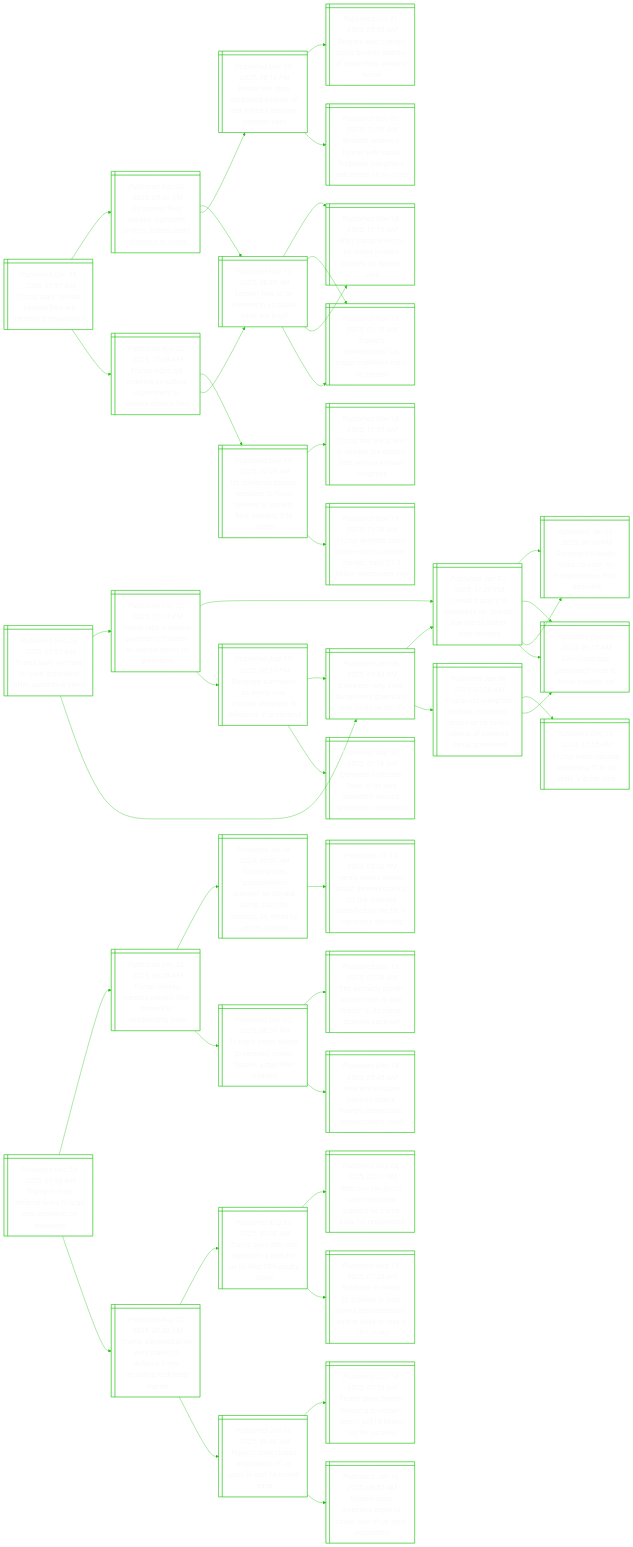
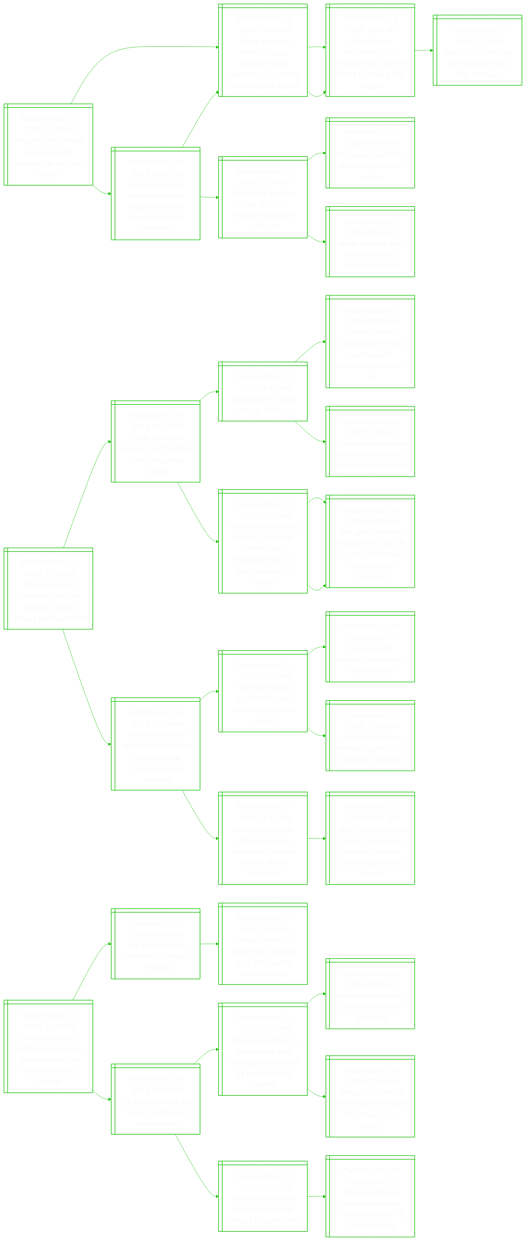
One commit to notJmes/notJmes changed the diagram in README.md. Above: the diagram before and after it, drawn with Mermaid. The commit also changed other lines of this file, not shown here.

````diff
--- a/README.md
+++ b/README.md
@@ -16,139 +16,106 @@
 flowchart LR
 classDef txtsize font-size:20px;
 
-Tseltirnnuo@{ shape: win-pane, label: "_Published Dec 23, 2025, 07:57 AM_
-Trump says ‘terrible’ epstein files are tarnishing reputations" }
-Utieelstkafcr@{ shape: win-pane, label: "_Published Dec 20, 2025, 05:46 AM_
-Us epstein files release highlights clinton, makes scant reference to trump" }
-Eieeaobhe@{ shape: win-pane, label: "_Published Nov 19, 2025, 08:35 AM_
-Epstein files to be released to us public: what are they?" }
-ATrsHpsaEie@{ shape: win-pane, label: "_Published Nov 18, 2025, 11:15 AM_
-After trump reversal, us house pushes forward on epstein vote" }
-TskeMewtco@{ shape: win-pane, label: "_Published Nov 18, 2025, 09:15 AM_
-Trump’s frankenstein? us maga meltdown tests its creator" }
-BilprAwsipinr@{ shape: win-pane, label: "_Published Nov 02, 2025, 08:16 PM_
-Britain will strip disgraced andrew of last military position, minister says" }
-Binrtberrtssm@{ shape: win-pane, label: "_Published Oct 31, 2025, 03:36 AM_
-Britain’s king charles strips brother andrew of royal titles, windsor home" }
-BidfrSFsurcsyi@{ shape: win-pane, label: "_Published Nov 02, 2025, 10:59 AM_
-Britain’s andrew’s former wife sarah ferguson, daughters and corgis hit by crisis" }
-TsBrnuertlEie@{ shape: win-pane, label: "_Published Nov 20, 2025, 10:06 AM_
-Trump signs bill ordering us justice department to release epstein files" }
-Ugpsufrspnsitm@{ shape: win-pane, label: "_Published Nov 19, 2025, 04:23 AM_
-Us congress passes measure to force release of epstein files, sending it to trump" }
-Therltsfwrons@{ shape: win-pane, label: "_Published Nov 18, 2025, 11:55 AM_
-Trump has the power to release the epstein files, with or without congress" }
-Tdddnersdiinst@{ shape: win-pane, label: "_Published Nov 19, 2025, 12:28 AM_
-Trump defends saudi prince over journalist murder, hails $1.3 trillion investment vow" }
-Eieeaobhe@{ shape: win-pane, label: "_Published Nov 19, 2025, 08:35 AM_
-Epstein files to be released to us public: what are they?" }
-ATrsHpsaEie@{ shape: win-pane, label: "_Published Nov 18, 2025, 11:15 AM_
-After trump reversal, us house pushes forward on epstein vote" }
-TskeMewtco@{ shape: win-pane, label: "_Published Nov 18, 2025, 09:15 AM_
-Trump’s frankenstein? us maga meltdown tests its creator" }
+TeeaodGstwe@{ shape: win-pane, label: "_Published Dec 23, 2025, 11:30 AM_
+Trapped under israeli bombardment, gazans fear the ‘new border’" }
+HsonsGrhscnii@{ shape: win-pane, label: "_Published Dec 09, 2025, 10:23 PM_
+Hamas says no second phase for gaza truce while israel ‘continues violations’" }
+Tdrcaaededlncbs@{ shape: win-pane, label: "_Published Oct 14, 2025, 07:45 PM_
+Trump declares victory as gaza ceasefire deal reached, but a lasting peace may be elusive" }
+PflcoMeNelale@{ shape: win-pane, label: "_Published Oct 14, 2025, 12:05 AM_
+Peace finally descends on the middle east: now the battle to make it last begins" }
+NyeeawHakl@{ shape: win-pane, label: "_Published Oct 07, 2023, 12:04 PM_
+Netanyahu declares israel at war as hamas attacks kill over 100" }
+WzptIleint@{ shape: win-pane, label: "_Published Oct 07, 2023, 05:15 PM_
+Why gaza is epicentre of israeli-palestinian conflict" }
+Wiceapaks@{ shape: win-pane, label: "_Published Oct 07, 2023, 06:44 PM_
+World in shock after hamas surprise attacks on israel" }
+Tdrcaaededlncbs@{ shape: win-pane, label: "_Published Oct 14, 2025, 07:45 PM_
+Trump declares victory as gaza ceasefire deal reached, but a lasting peace may be elusive" }
+PflcoMeNelale@{ shape: win-pane, label: "_Published Oct 14, 2025, 12:05 AM_
+Peace finally descends on the middle east: now the battle to make it last begins" }
+TjIlmnest@{ shape: win-pane, label: "_Published Oct 13, 2025, 03:10 PM_
+Tears, joy in israel as hamas hands over first hostages" }
 
-Tseltirnnuo:::txtsize --> Utieelstkafcr:::txtsize
-Utieelstkafcr:::txtsize --> Eieeaobhe:::txtsize
-Eieeaobhe:::txtsize --> ATrsHpsaEie:::txtsize
-Eieeaobhe:::txtsize --> TskeMewtco:::txtsize
-Utieelstkafcr:::txtsize --> BilprAwsipinr:::txtsize
-BilprAwsipinr:::txtsize --> Binrtberrtssm:::txtsize
-BilprAwsipinr:::txtsize --> BidfrSFsurcsyi:::txtsize
-Tseltirnnuo:::txtsize --> TsBrnuertlEie:::txtsize
-TsBrnuertlEie:::txtsize --> Ugpsufrspnsitm:::txtsize
-Ugpsufrspnsitm:::txtsize --> Therltsfwrons:::txtsize
-Ugpsufrspnsitm:::txtsize --> Tdddnersdiinst:::txtsize
-TsBrnuertlEie:::txtsize --> Eieeaobhe:::txtsize
-Eieeaobhe:::txtsize --> ATrsHpsaEie:::txtsize
-Eieeaobhe:::txtsize --> TskeMewtco:::txtsize
+TeeaodGstwe:::txtsize --> HsonsGrhscnii:::txtsize
+HsonsGrhscnii:::txtsize --> Tdrcaaededlncbs:::txtsize
+Tdrcaaededlncbs:::txtsize --> PflcoMeNelale:::txtsize
+HsonsGrhscnii:::txtsize --> NyeeawHakl:::txtsize
+NyeeawHakl:::txtsize --> WzptIleint:::txtsize
+NyeeawHakl:::txtsize --> Wiceapaks:::txtsize
+TeeaodGstwe:::txtsize --> Tdrcaaededlncbs:::txtsize
+Tdrcaaededlncbs:::txtsize --> PflcoMeNelale:::txtsize
+PflcoMeNelale:::txtsize --> TjIlmnest:::txtsize
 
-Tsetenaane@{ shape: win-pane, label: "_Published Dec 23, 2025, 07:51 AM_
-Trump says ‘we have to have’ greenland after appointing envoy" }
-TtoavrLyeeted@{ shape: win-pane, label: "_Published Dec 22, 2025, 12:13 PM_
-Trump taps louisiana governor jeff landry as special envoy to greenland" }
-DdpGlniyahery@{ shape: win-pane, label: "_Published Jan 07, 2025, 11:20 PM_
-Donald trump jr in greenland on ‘tourist’ day trip as father eyes territory" }
-Gllrssiecma@{ shape: win-pane, label: "_Published Jan 03, 2025, 06:30 PM_
-Greenland’s leader steps up push for independence from denmark" }
-CuynWobe@{ shape: win-pane, label: "_Published Dec 24, 2024, 09:15 AM_
-Can trump buy greenland? what to know besides ‘no’" }
-DrmSyodetleen@{ shape: win-pane, label: "_Published Aug 27, 2025, 02:17 PM_
-Denmark summons us envoy over ‘outside attempts to influence’ in greenland" }
-EihspGlnle@{ shape: win-pane, label: "_Published Jan 08, 2025, 09:36 PM_
-Explainer: why does trump want greenland and could he get it?" }
-DrteeVrenrams@{ shape: win-pane, label: "_Published Mar 30, 2025, 01:18 AM_
-Denmark criticises ‘tone’ of us vice-president vance’s greenland comments" }
-EihspGlnle@{ shape: win-pane, label: "_Published Jan 08, 2025, 09:36 PM_
-Explainer: why does trump want greenland and could he get it?" }
-DdpGlniyahery@{ shape: win-pane, label: "_Published Jan 07, 2025, 11:20 PM_
-Donald trump jr in greenland on ‘tourist’ day trip as father eyes territory" }
-Gllrssiecma@{ shape: win-pane, label: "_Published Jan 03, 2025, 06:30 PM_
-Greenland’s leader steps up push for independence from denmark" }
-CuynWobe@{ shape: win-pane, label: "_Published Dec 24, 2024, 09:15 AM_
-Can trump buy greenland? what to know besides ‘no’" }
-Tnluiemtsenoanen@{ shape: win-pane, label: "_Published Jan 08, 2025, 01:26 AM_
-Trump not ruling out military, economic action as he seeks control of panama canal, greenland" }
-TjCamtard@{ shape: win-pane, label: "_Published Dec 19, 2024, 12:55 AM_
-Trump jokes canada becoming 51st us state ‘a great idea’" }
-CuynWobe@{ shape: win-pane, label: "_Published Dec 24, 2024, 09:15 AM_
-Can trump buy greenland? what to know besides ‘no’" }
+WrrbieFioupyl@{ shape: win-pane, label: "_Published Dec 23, 2025, 11:25 AM_
+Waymo restarts robotaxis after san francisco power outage paralysed fleet" }
+PrnoSaceeaa@{ shape: win-pane, label: "_Published Dec 21, 2025, 03:37 PM_
+Power returns to most of san francisco after widespread outage" }
+MpoeSac@{ shape: win-pane, label: "_Published Dec 21, 2025, 09:45 AM_
+Major power outage hits san francisco" }
+Oimrstphocipt@{ shape: win-pane, label: "_Published Mar 12, 2025, 05:15 AM_
+Ontario premier freezes plan to slap surcharge of electricity exports to us" }
+Taitnaiorntt@{ shape: win-pane, label: "_Published Mar 09, 2025, 01:20 PM_
+Trump administration ends iraq’s waiver to buy iranian electricity" }
+GntsycaeSackpmoi@{ shape: win-pane, label: "_Published Nov 14, 2023, 05:00 AM_
+Golden city tarnished by dirt, crime and needles: san francisco looks to apec summit for revival" }
+WpemteonhemSac@{ shape: win-pane, label: "_Published Nov 13, 2023, 06:00 PM_
+Will apec meet the moment? pm lee off to attend high-stakes summit in san francisco" }
+WpemteonhemSac@{ shape: win-pane, label: "_Published Nov 13, 2023, 06:00 PM_
+Will apec meet the moment? pm lee off to attend high-stakes summit in san francisco" }
+Abaipdcssbiip@{ shape: win-pane, label: "_Published Jul 16, 2025, 07:14 AM_
+Alphabet's waymo picks up speed in us cities as tesla robotaxi service expands" }
+Tssaeoschel@{ shape: win-pane, label: "_Published Jun 23, 2025, 10:32 AM_
+Tesla starts long-awaited robotaxi service with low-key roll-out" }
+Testaaeru@{ shape: win-pane, label: "_Published Jun 22, 2025, 02:05 PM_
+Texas enacts robotaxi law ahead of tesla’s roll-out" }
+Csurapoiola@{ shape: win-pane, label: "_Published Jun 20, 2025, 12:06 AM_
+China’s baidu eyes robotaxi expansion to singapore, malaysia" }
+Uarhadesrgsoas@{ shape: win-pane, label: "_Published Jul 15, 2025, 10:17 PM_
+Uber partners with china’s baidu to deploy self-driving taxis in global markets" }
+Unscnobufelvtpa@{ shape: win-pane, label: "_Published Jun 27, 2025, 08:52 AM_
+Uber in talks with co-founder to help buy us unit of chinese self-driving start-up pony.ai" }
 
-Tsetenaane:::txtsize --> TtoavrLyeeted:::txtsize
-TtoavrLyeeted:::txtsize --> DdpGlniyahery:::txtsize
-DdpGlniyahery:::txtsize --> Gllrssiecma:::txtsize
-DdpGlniyahery:::txtsize --> CuynWobe:::txtsize
-TtoavrLyeeted:::txtsize --> DrmSyodetleen:::txtsize
-DrmSyodetleen:::txtsize --> EihspGlnle:::txtsize
-DrmSyodetleen:::txtsize --> DrteeVrenrams:::txtsize
-Tsetenaane:::txtsize --> EihspGlnle:::txtsize
-EihspGlnle:::txtsize --> DdpGlniyahery:::txtsize
-DdpGlniyahery:::txtsize --> Gllrssiecma:::txtsize
-DdpGlniyahery:::txtsize --> CuynWobe:::txtsize
-EihspGlnle:::txtsize --> Tnluiemtsenoanen:::txtsize
-Tnluiemtsenoanen:::txtsize --> TjCamtard:::txtsize
-Tnluiemtsenoanen:::txtsize --> CuynWobe:::txtsize
+WrrbieFioupyl:::txtsize --> PrnoSaceeaa:::txtsize
+PrnoSaceeaa:::txtsize --> MpoeSac:::txtsize
+MpoeSac:::txtsize --> Oimrstphocipt:::txtsize
+MpoeSac:::txtsize --> Taitnaiorntt:::txtsize
+PrnoSaceeaa:::txtsize --> GntsycaeSackpmoi:::txtsize
+GntsycaeSackpmoi:::txtsize --> WpemteonhemSac:::txtsize
+GntsycaeSackpmoi:::txtsize --> WpemteonhemSac:::txtsize
+WrrbieFioupyl:::txtsize --> Abaipdcssbiip:::txtsize
+Abaipdcssbiip:::txtsize --> Tssaeoschel:::txtsize
+Tssaeoschel:::txtsize --> Testaaeru:::txtsize
+Tssaeoschel:::txtsize --> Csurapoiola:::txtsize
+Abaipdcssbiip:::txtsize --> Uarhadesrgsoas:::txtsize
+Uarhadesrgsoas:::txtsize --> Unscnobufelvtpa:::txtsize
 
-Tttnrueegys@{ shape: win-pane, label: "_Published Dec 23, 2025, 07:38 AM_
-Trump to host defence firms to urge less spending on buybacks" }
-Tulsafifilp@{ shape: win-pane, label: "_Published Dec 23, 2025, 06:58 AM_
-Trump unveils warship named after himself in shipbuilding push" }
-SisstttnraIelyev@{ shape: win-pane, label: "_Published Jul 14, 2024, 06:52 AM_
-Shooting was ‘assassination attempt’ on donald trump, says fbi; suspect, 20, killed by secret  service" }
-HwkaTskgntdenrhn@{ shape: win-pane, label: "_Published Jul 14, 2024, 03:20 PM_
-Here’s what’s known about thomas crooks, 20, the gunman identified by the fbi in the trump shooting" }
-Tsatnefeace@{ shape: win-pane, label: "_Published Dec 20, 2025, 08:59 AM_
-Trump’s name added to kennedy center facade, a day after change" }
-TnCrdsdpsdnk@{ shape: win-pane, label: "_Published Dec 19, 2025, 07:34 AM_
-The kennedy center board votes to add ‘trump’ to its name, drawing backlash" }
-Niuaakpoidsu@{ shape: win-pane, label: "_Published Dec 18, 2025, 05:45 AM_
-New white house plaques attack trump’s democratic predecessors, bush" }
-TaityannrcnkMn@{ shape: win-pane, label: "_Published Aug 27, 2025, 02:58 AM_
-Trump administration eyes stakes in defence firms, including lockheed martin" }
-Tsnaeaftetk@{ shape: win-pane, label: "_Published Aug 23, 2025, 03:24 AM_
-Trump says intel has agreed to a deal for us to take 10% equity stake" }
-ICnuhapamlrnn@{ shape: win-pane, label: "_Published Aug 08, 2025, 02:11 PM_
-Intel ceo tan lip-bu says has board support as trump calls for resignation" }
-SaitiITaitattek@{ shape: win-pane, label: "_Published Aug 19, 2025, 07:23 AM_
-Softbank to invest $2.6 billion in intel; trump administration said in talks to take a 10% stake" }
-NnleuiUenta@{ shape: win-pane, label: "_Published Jun 19, 2025, 06:44 AM_
-Nippon steel closes acquisition of us steel to end 18-month saga" }
-TgflsooebofS@{ shape: win-pane, label: "_Published Jun 14, 2025, 07:39 AM_
-Trump gives formal blessing to nippon steel’s us$19 billion bid for us steel" }
-NnlsbtntSasn@{ shape: win-pane, label: "_Published Jun 16, 2025, 08:53 AM_
-Nippon steel investors begin to count cost of us steel acquisition" }
+Oiltntskiohshr@{ shape: win-pane, label: "_Published Dec 23, 2025, 10:10 AM_
+Ozempic meals? restaurants in the us shrink portions to match bite-sized hunger" }
+Tochsmdn@{ shape: win-pane, label: "_Published Oct 29, 2024, 05:00 PM_
+The economics of thinness (ozempic edition)" }
+Oitwtwrbpcou@{ shape: win-pane, label: "_Published Jun 01, 2023, 04:00 PM_
+Ozempic touted as weight-loss ‘wonder’ drug, but experts caution its use" }
+UrfGlwtNok@{ shape: win-pane, label: "_Published Dec 23, 2025, 09:50 AM_
+Us approves first glp-1 pill for weight loss: novo nordisk" }
+TgfAhsrpestbie@{ shape: win-pane, label: "_Published Jun 21, 2025, 03:45 PM_
+The wegovy effect: a weight-loss drug reshapes the lives of us teens battling obesity" }
+Wycgsirlr@{ shape: win-pane, label: "_Published May 20, 2024, 05:00 PM_
+Wegovy is becoming too essential for its elite price" }
+WyspiogsgUt@{ shape: win-pane, label: "_Published Feb 16, 2024, 01:45 PM_
+Wegovy fuels sharp rise in use of weight-loss drugs for us youth" }
+TesomiuuSK@{ shape: win-pane, label: "_Published Dec 07, 2025, 04:10 PM_
+Thinness obsession prompts diet drug misuse in south korea" }
+Elailoowtnt@{ shape: win-pane, label: "_Published Nov 20, 2025, 08:37 PM_
+Eli lilly’s daily pill helps people lose 10% of weight in 18 months: study" }
 
-Tttnrueegys:::txtsize --> Tulsafifilp:::txtsize
-Tulsafifilp:::txtsize --> SisstttnraIelyev:::txtsize
-SisstttnraIelyev:::txtsize --> HwkaTskgntdenrhn:::txtsize
-Tulsafifilp:::txtsize --> Tsatnefeace:::txtsize
-Tsatnefeace:::txtsize --> TnCrdsdpsdnk:::txtsize
-Tsatnefeace:::txtsize --> Niuaakpoidsu:::txtsize
-Tttnrueegys:::txtsize --> TaityannrcnkMn:::txtsize
-TaityannrcnkMn:::txtsize --> Tsnaeaftetk:::txtsize
-Tsnaeaftetk:::txtsize --> ICnuhapamlrnn:::txtsize
-Tsnaeaftetk:::txtsize --> SaitiITaitattek:::txtsize
-TaityannrcnkMn:::txtsize --> NnleuiUenta:::txtsize
-NnleuiUenta:::txtsize --> TgflsooebofS:::txtsize
-NnleuiUenta:::txtsize --> NnlsbtntSasn:::txtsize
+Oiltntskiohshr:::txtsize --> Tochsmdn:::txtsize
+Tochsmdn:::txtsize --> Oitwtwrbpcou:::txtsize
+Oiltntskiohshr:::txtsize --> UrfGlwtNok:::txtsize
+UrfGlwtNok:::txtsize --> TgfAhsrpestbie:::txtsize
+TgfAhsrpestbie:::txtsize --> Wycgsirlr:::txtsize
+TgfAhsrpestbie:::txtsize --> WyspiogsgUt:::txtsize
+UrfGlwtNok:::txtsize --> TesomiuuSK:::txtsize
+TesomiuuSK:::txtsize --> Elailoowtnt:::txtsize
 
 ```
````
